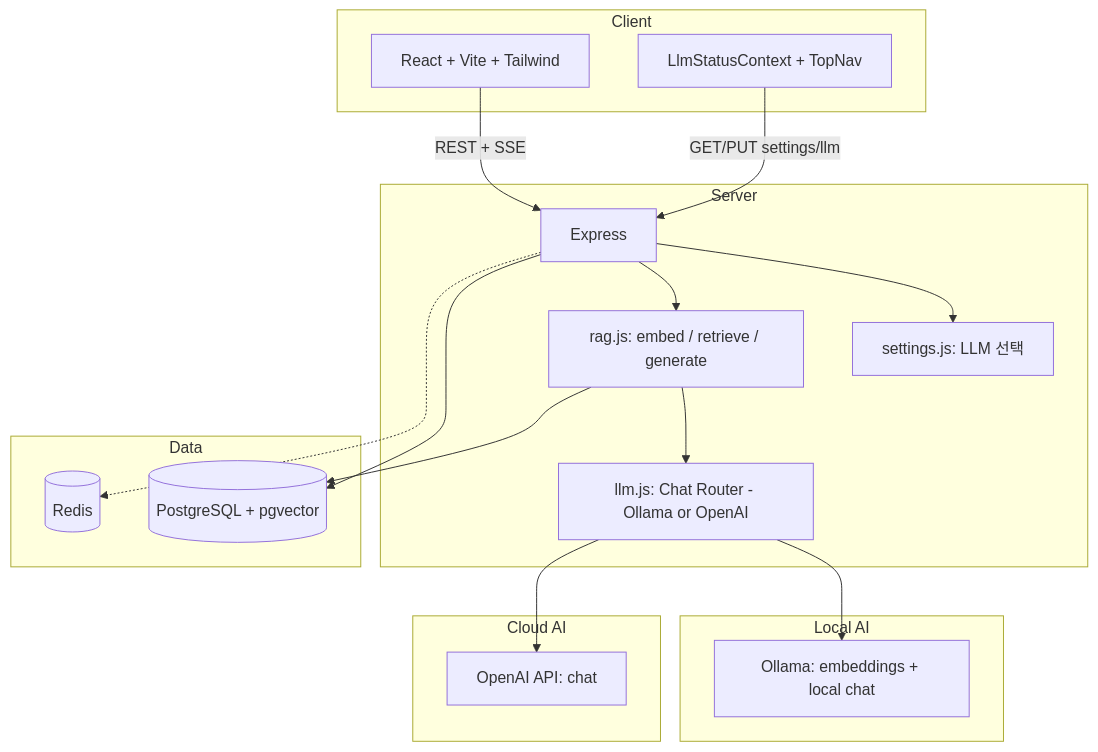
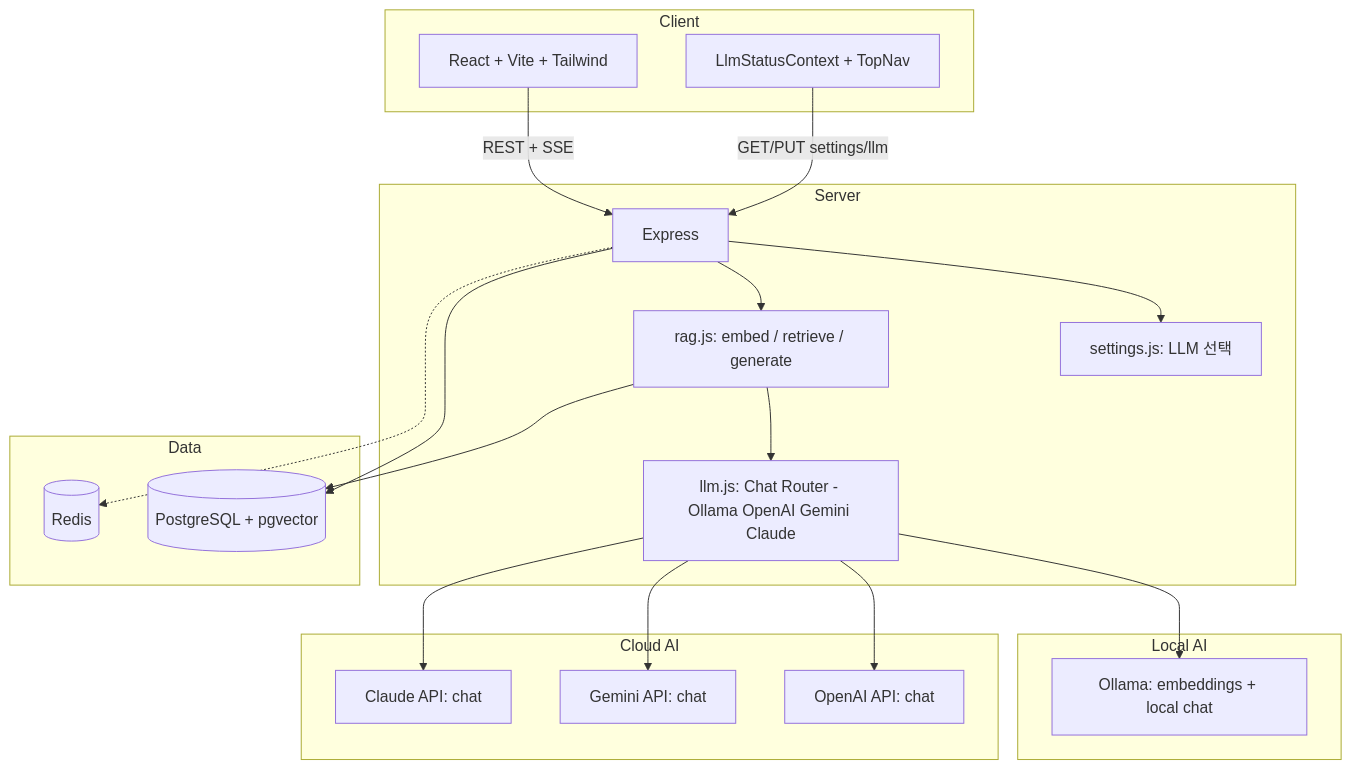
One commit to yoonJJ/cert-rag-platform changed the first of 3 diagrams in README.md. Above: the diagram before and after it, drawn with Mermaid. The commit also changed other lines of this file and 10 other files, not shown here.

Commit message:
AI API 추가(gemini, claude

````diff
--- a/README.md
+++ b/README.md
@@ -68,33 +71,37 @@
 ```mermaid
 flowchart TB
   subgraph client [Client]
     UI[React + Vite + Tailwind]
     LLMUI[LlmStatusContext + TopNav]
   end
   subgraph server [Server]
     API[Express]
     SET[settings.js: LLM 선택]
     RAG[rag.js: embed / retrieve / generate]
-    LLM[llm.js: Chat Router - Ollama or OpenAI]
+    LLM[llm.js: Chat Router - Ollama OpenAI Gemini Claude]
   end
   subgraph data [Data]
     PG[(PostgreSQL + pgvector)]
     RD[(Redis)]
   end
   subgraph local [Local AI]
     OL[Ollama: embeddings + local chat]
   end
   subgraph cloud [Cloud AI]
     OA[OpenAI API: chat]
+    GM[Gemini API: chat]
+    CL[Claude API: chat]
   end
   UI -->|REST + SSE| API
   LLMUI -->|GET/PUT settings/llm| API
   API --> SET
   API --> RAG
   RAG --> LLM
   LLM --> OL
   LLM --> OA
+  LLM --> GM
+  LLM --> CL
   API --> PG
   API -.-> RD
   RAG --> PG
 ```
````
